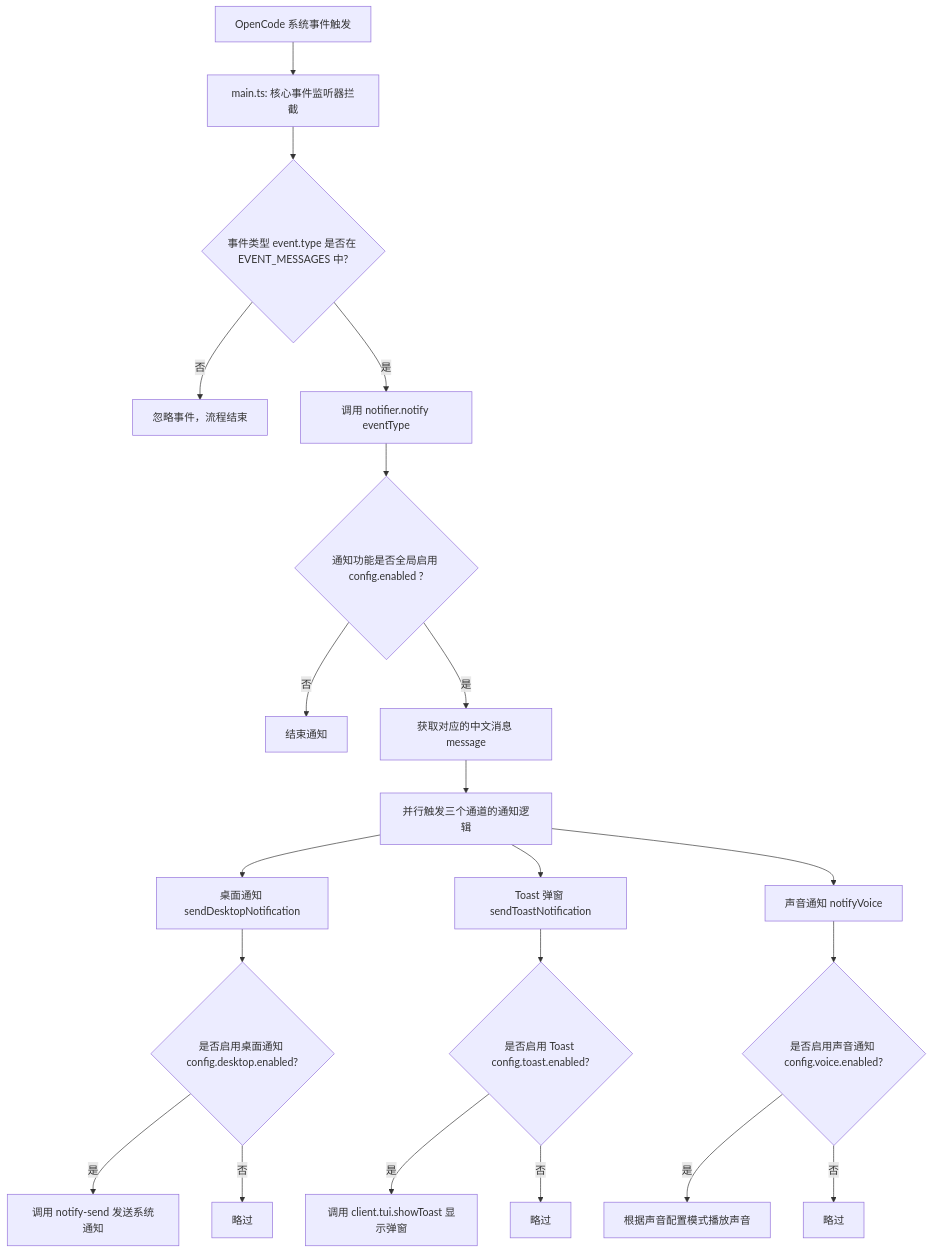
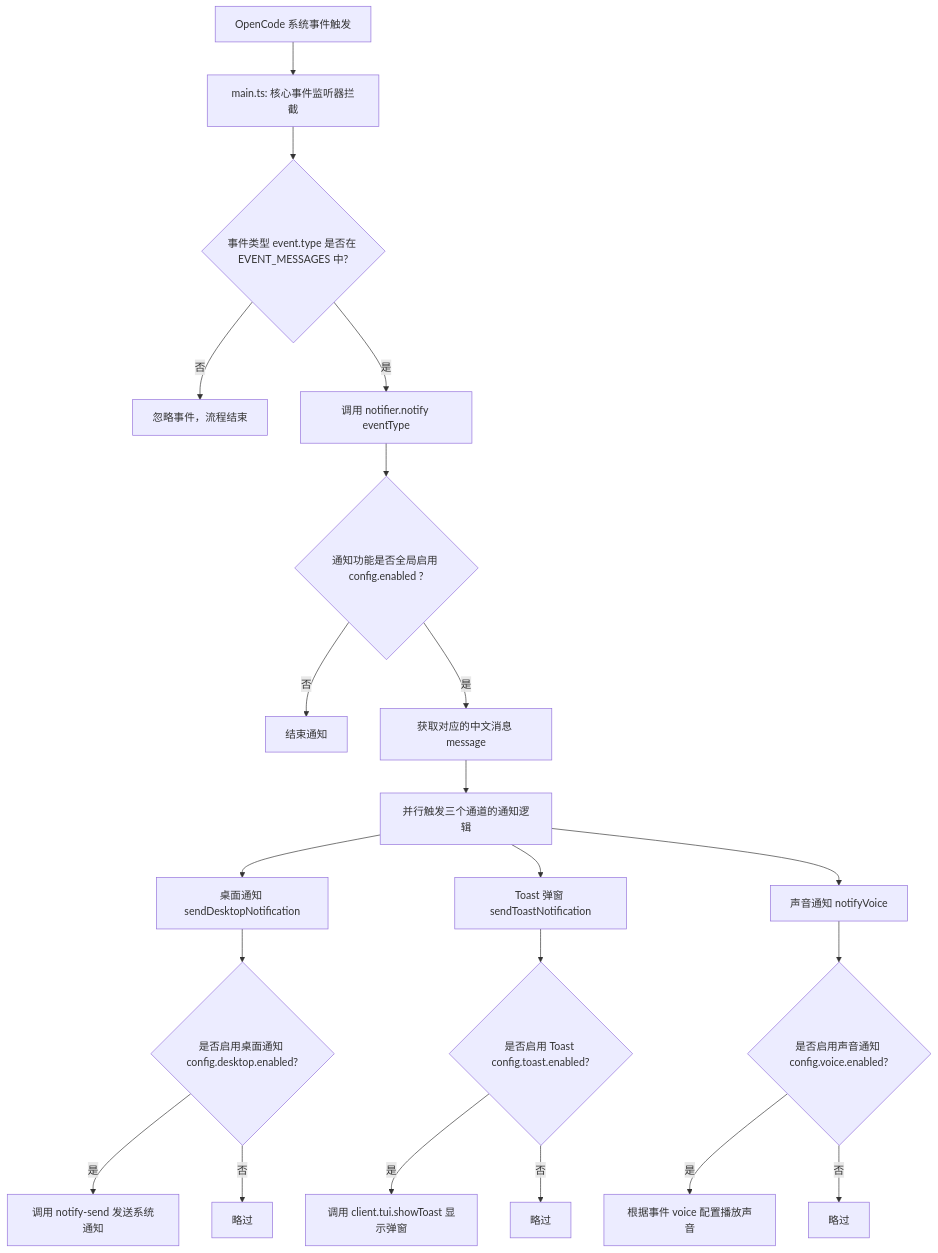
One commit to 518luck/opencode-notification changed the first of 3 diagrams in app/README.md. Above: the diagram before and after it, drawn with Mermaid. The commit also changed other lines of this file and 13 other files, not shown here.

````diff
--- a/app/README.md
+++ b/app/README.md
@@ -24,27 +25,27 @@
 ```mermaid
 graph TD
     A[OpenCode 系统事件触发] --> B[main.ts: 核心事件监听器拦截]
     B --> C{事件类型 event.type 是否在 EVENT_MESSAGES 中?}
     C -- 否 --> D[忽略事件，流程结束]
     C -- 是 --> E[调用 notifier.notify eventType]
     E --> F{通知功能是否全局启用 config.enabled ?}
     F -- 否 --> G[结束通知]
     F -- 是 --> H[获取对应的中文消息 message]
     H --> I[并行触发三个通道的通知逻辑]
     
     I --> I1[桌面通知 sendDesktopNotification]
     I --> I2[Toast 弹窗 sendToastNotification]
     I --> I3[声音通知 notifyVoice]
     
     I1 --> J1{是否启用桌面通知 config.desktop.enabled?}
     J1 -- 是 --> K1[调用 notify-send 发送系统通知]
     J1 -- 否 --> L1[略过]
     
     I2 --> J2{是否启用 Toast config.toast.enabled?}
     J2 -- 是 --> K2[调用 client.tui.showToast 显示弹窗]
     J2 -- 否 --> L2[略过]
     
     I3 --> J3{是否启用声音通知 config.voice.enabled?}
-    J3 -- 是 --> K3[根据声音配置模式播放声音]
+    J3 -- 是 --> K3[根据事件 voice 配置播放声音]
     J3 -- 否 --> L3[略过]
 ```
````
